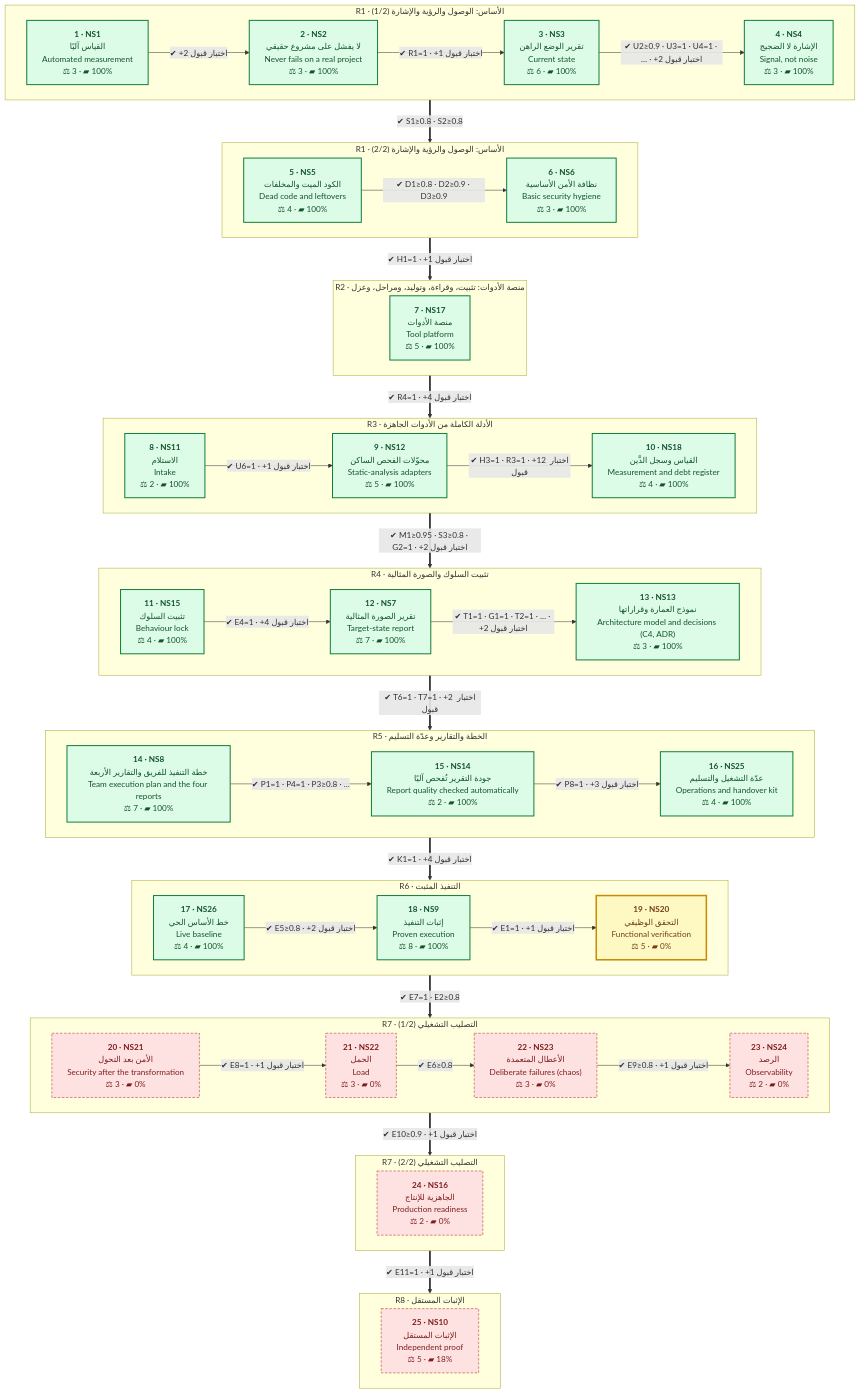
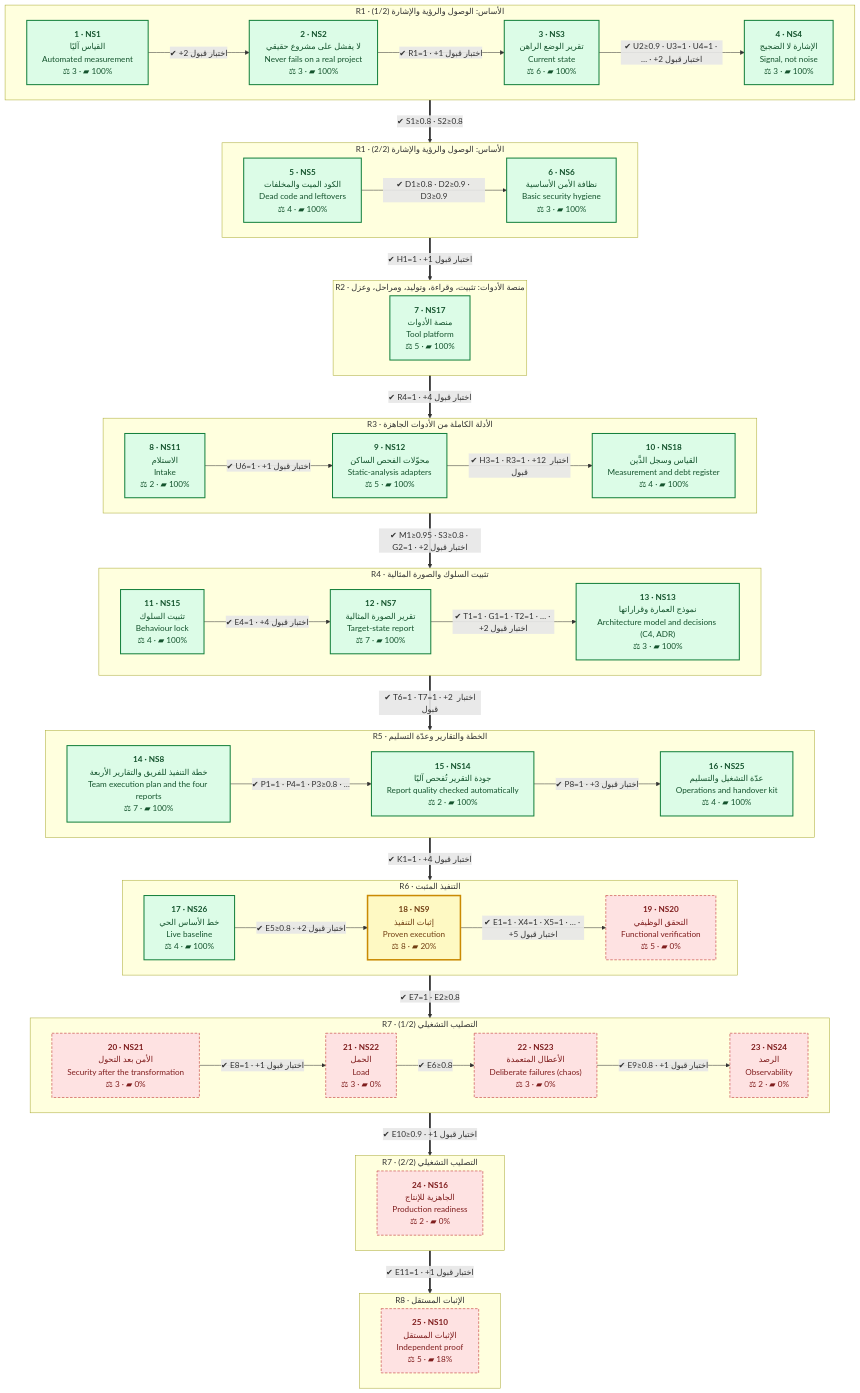
Before and after one commit to eom1417/engineering-audit-os: the second of 2 diagrams in README.md, drawn with Mermaid. The commit also changed other lines of this file and 4 other files, not shown here.

```diff
--- a/README.md
+++ b/README.md
@@ -264,10 +264,10 @@
     subgraph R6_1["R6 · التنفيذ المثبت"]
         direction LR
         NS26["<b>17 · NS26</b><br/>خط الأساس الحي<br/>Live baseline<br/>⚖ 4 · ▰ 100%"]:::done
-        NS9["<b>18 · NS9</b><br/>إثبات التنفيذ<br/>Proven execution<br/>⚖ 8 · ▰ 100%"]:::done
-        NS20["<b>19 · NS20</b><br/>التحقق الوظيفي<br/>Functional verification<br/>⚖ 5 · ▰ 0%"]:::current
+        NS9["<b>18 · NS9</b><br/>إثبات التنفيذ<br/>Proven execution<br/>⚖ 8 · ▰ 20%"]:::current
+        NS20["<b>19 · NS20</b><br/>التحقق الوظيفي<br/>Functional verification<br/>⚖ 5 · ▰ 0%"]:::owner
         NS26 -->|"✔ E5≥0.8 · +2 اختبار قبول"| NS9
-        NS9 -->|"✔ E1=1 · +1 اختبار قبول"| NS20
+        NS9 -->|"✔ E1=1 · X4=1 · X5=1 · … · +5 اختبار قبول"| NS20
     end
     subgraph R7_1["R7 · التصليب التشغيلي (1/2)"]
         direction LR
```
